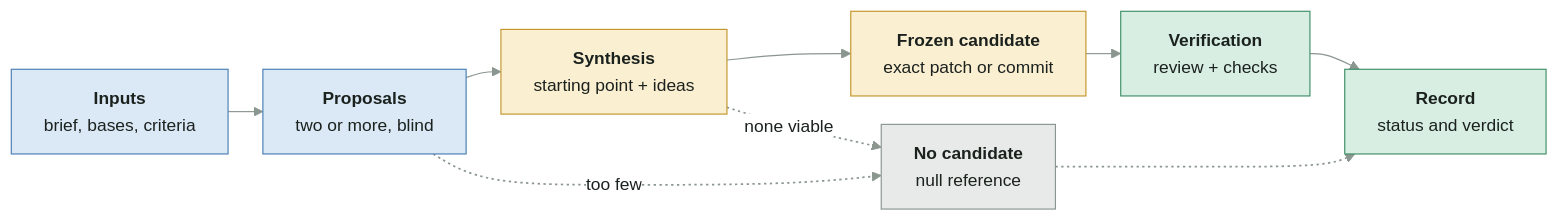
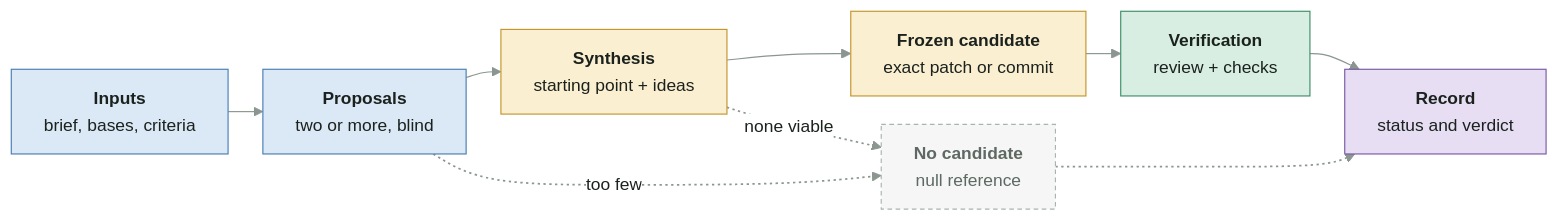
Before and after one commit to Gamebreack/Chimera: the diagram in README.md, drawn with Mermaid. The commit also changed other lines of this file and 8 other files, not shown here.

````diff
--- a/README.md
+++ b/README.md
@@ -22,30 +22,36 @@
 ```mermaid
 %%{init: {"theme":"base","themeVariables":{"fontFamily":"system-ui, -apple-system, Segoe UI, sans-serif","fontSize":"15px","primaryTextColor":"#1b221e","lineColor":"#8a968f","clusterBkg":"transparent","clusterBorder":"#b7c0ba","titleColor":"#5d6962","edgeLabelBackground":"#ffffff"},"flowchart":{"curve":"basis","nodeSpacing":22,"rankSpacing":30,"padding":14,"htmlLabels":true}}}%%
 flowchart LR
     I["<b>Inputs</b><br/>brief, bases, criteria"]
     P["<b>Proposals</b><br/>two or more, blind"]
     S["<b>Synthesis</b><br/>starting point + ideas"]
     F["<b>Frozen candidate</b><br/>exact patch or commit"]
     V["<b>Verification</b><br/>review + checks"]
     R["<b>Record</b><br/>status and verdict"]
     N["<b>No candidate</b><br/>null reference"]
 
     I --> P
     P --> S
     S --> F
     F --> V
     V --> R
+    %% 5: optional
     P -.->|"too few"| N
+    %% 6: optional
     S -.->|"none viable"| N
+    %% 7: optional
     N -.-> R
 
     classDef ext fill:#e7eae8,stroke:#8a968f,color:#1b221e
     classDef p1 fill:#dbe8f6,stroke:#4a7fb5,color:#1b221e
     classDef p2 fill:#fbefd2,stroke:#c3962c,color:#1b221e
     classDef p3 fill:#d8eee2,stroke:#3f8f68,color:#1b221e
+    classDef p4 fill:#e7def4,stroke:#7a5aa6,color:#1b221e
+    classDef side fill:#f5f6f5,stroke:#a9b4ad,color:#5d6962,stroke-dasharray:4 3
     class I,P p1
     class S,F p2
-    class V,R p3
-    class N ext
+    class V p3
+    class R p4
+    class N side
     linkStyle 5,6,7 stroke:#8a968f,stroke-width:1.5px,stroke-dasharray:2 3
 ```
````
